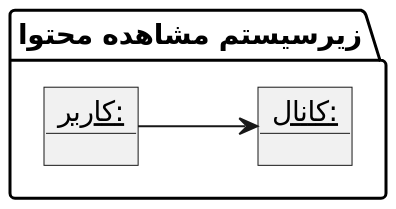
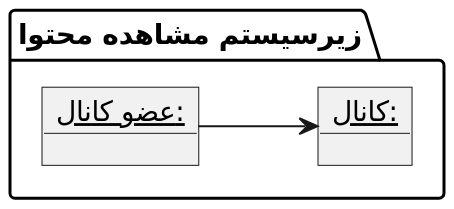
The diagram in Diagrams/Object/SeeContentSubsystem/LeaveChanel.puml (soleyman79/Qasedak), drawn with PlantUML before and after one commit. The commit also changed 1 other file, not shown here.

```diff
--- a/Diagrams/Object/SeeContentSubsystem/LeaveChanel.puml
+++ b/Diagrams/Object/SeeContentSubsystem/LeaveChanel.puml
@@ -1,14 +1,14 @@
 @startuml leave_chanel
 
 scale 2
 left to right direction
 skinparam DefaultFontName B Nazanin
 
 package "زیرسیستم مشاهده محتوا" {
-    object "__کاربر:__" as user
+    object "__عضو کانال:__" as member
     object "__کانال:__" as chanel
 
-    user --> chanel
+    member --> chanel
 }
 
 @enduml
```
